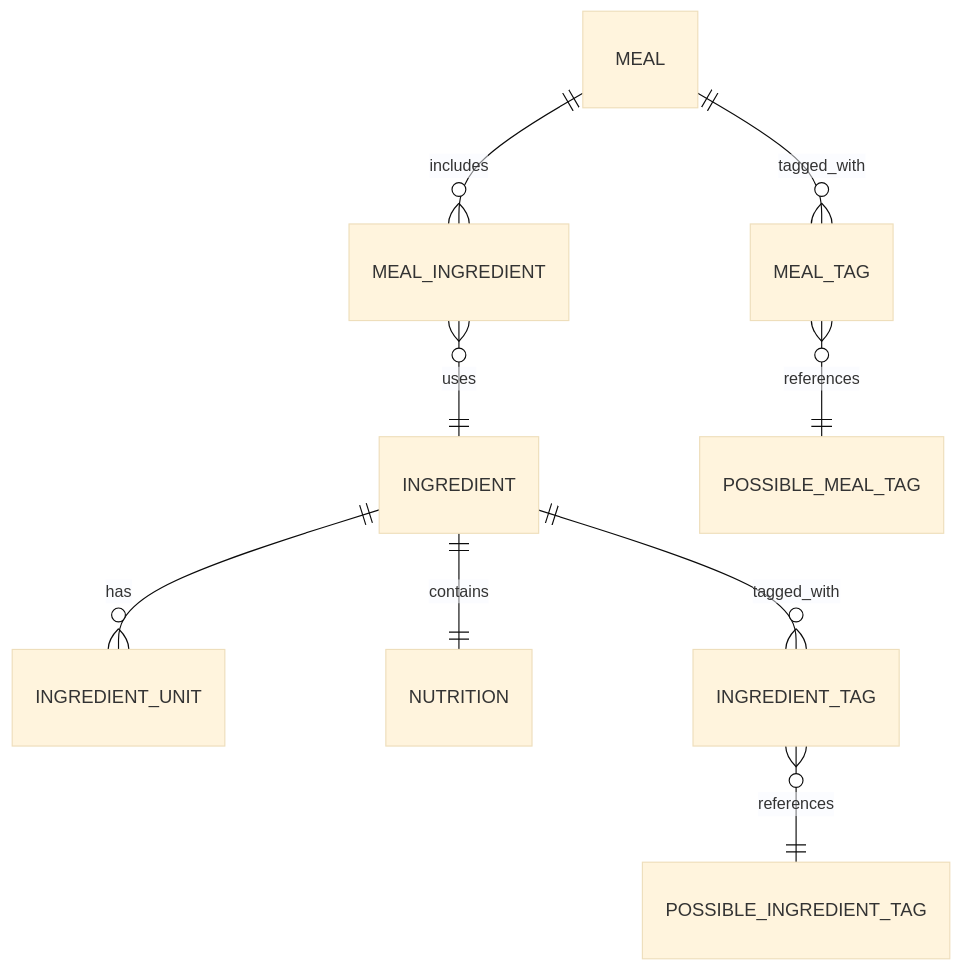
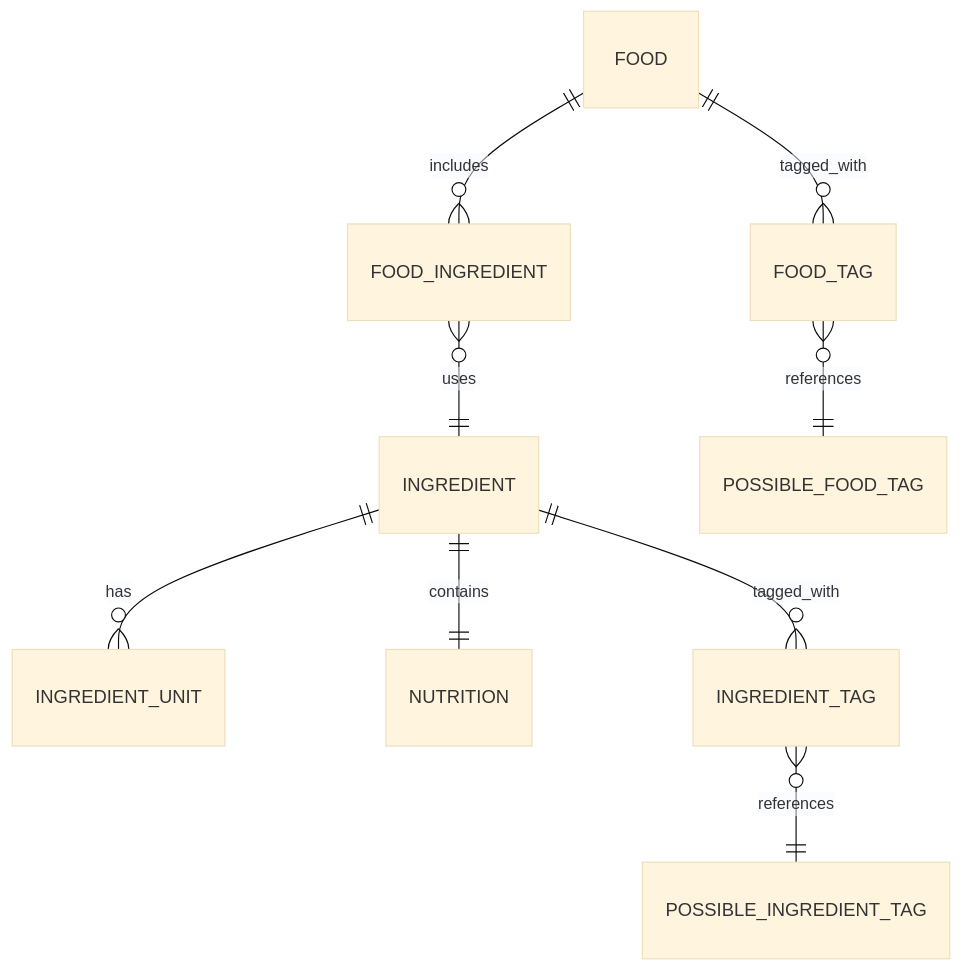
Before and after one commit to alexandrugavrila/Nutrition: the first of 2 diagrams in README.md, drawn with Mermaid (base theme). The commit also changed other lines of this file and 3 other files, not shown here.

Commit message:
docs: replace meal references and update contributor guide

````diff
--- a/README.md
+++ b/README.md
@@ -136,11 +136,11 @@
 ```mermaid
 erDiagram
   INGREDIENT ||--o{ INGREDIENT_UNIT : has
   INGREDIENT ||--|| NUTRITION : contains
   INGREDIENT ||--o{ INGREDIENT_TAG : tagged_with
   INGREDIENT_TAG }o--|| POSSIBLE_INGREDIENT_TAG : references
-  MEAL ||--o{ MEAL_INGREDIENT : includes
-  MEAL_INGREDIENT }o--|| INGREDIENT : uses
-  MEAL ||--o{ MEAL_TAG : tagged_with
-  MEAL_TAG }o--|| POSSIBLE_MEAL_TAG : references
+  FOOD ||--o{ FOOD_INGREDIENT : includes
+  FOOD_INGREDIENT }o--|| INGREDIENT : uses
+  FOOD ||--o{ FOOD_TAG : tagged_with
+  FOOD_TAG }o--|| POSSIBLE_FOOD_TAG : references
 ```
````
